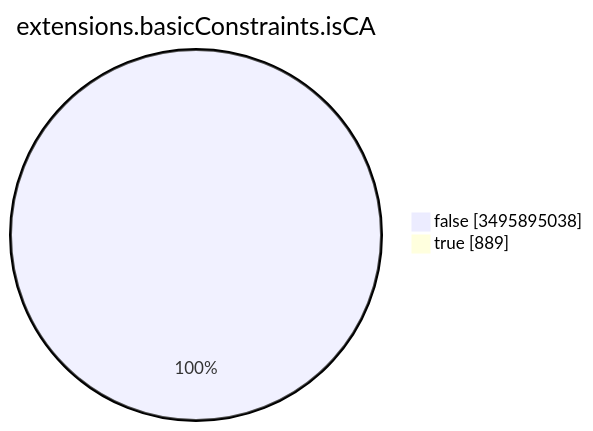
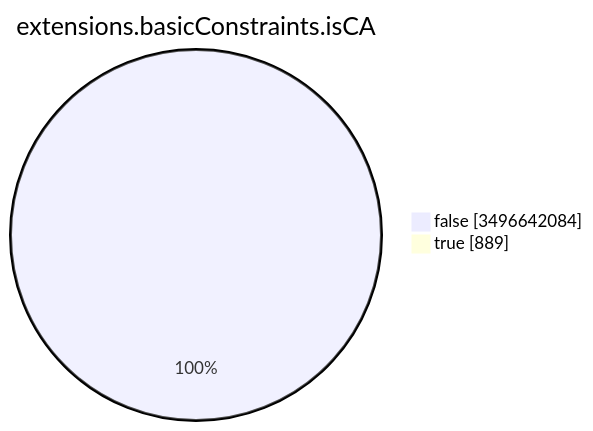
The seventh of 15 diagrams in TOTAL/README.md (christiankrug/ctmonitor_visualization), drawn with Mermaid before and after one commit. The commit also changed other lines of this file, not shown here.

````diff
--- a/TOTAL/README.md
+++ b/TOTAL/README.md
@@ -3093,6 +3093,6 @@
 ```mermaid
 pie showData
 title extensions.basicConstraints.isCA
-"false" :3495895038
+"false" :3496642084
 "true" :889
 ```
````
